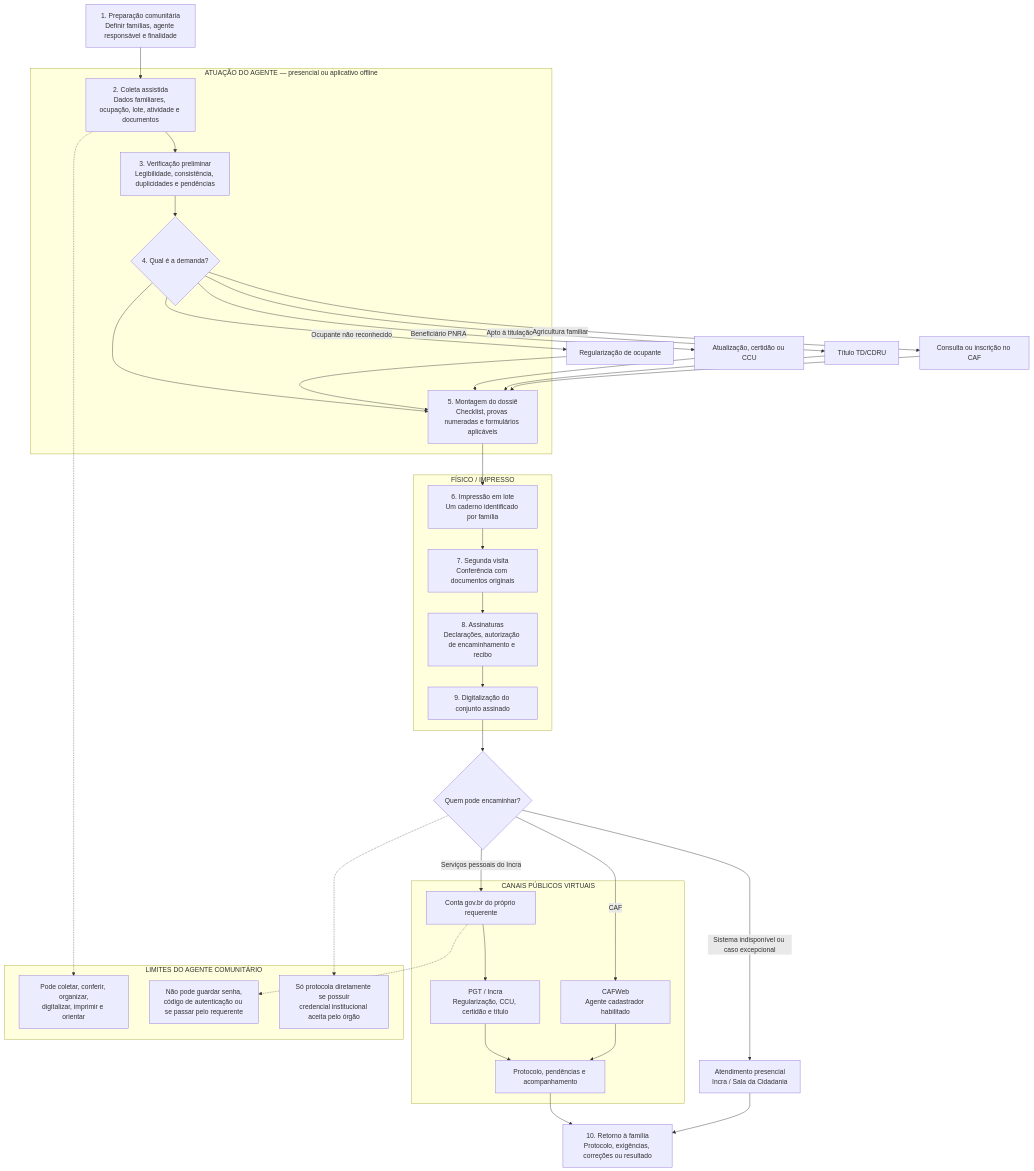
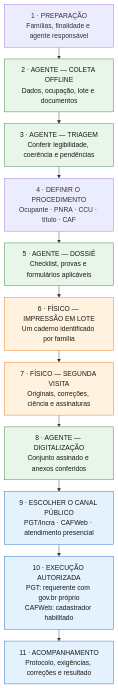
The diagram in docs/app-triagem-regularizacao.md (takwaratec/plataforma-juventude-solidaria-2026), drawn with Mermaid before and after one commit. The commit also changed other lines of this file and 3 other files, not shown here.

````diff
--- a/docs/app-triagem-regularizacao.md
+++ b/docs/app-triagem-regularizacao.md
@@ -17,59 +17,25 @@
 ```mermaid
-flowchart TB
-    I["1. Preparação comunitária<br/>Definir famílias, agente responsável e finalidade"] --> C
+%%{init: {"flowchart": {"curve": "linear", "nodeSpacing": 18, "rankSpacing": 28}, "themeVariables": {"fontSize": "16px"}}}%%
+flowchart TD
+    A["1 · PREPARAÇÃO<br/>Famílias, finalidade e agente responsável"]
+    B["2 · AGENTE — COLETA OFFLINE<br/>Dados, ocupação, lote e documentos"]
+    C["3 · AGENTE — TRIAGEM<br/>Conferir legibilidade, coerência e pendências"]
+    D["4 · DEFINIR O PROCEDIMENTO<br/>Ocupante · PNRA · CCU · título · CAF"]
+    E["5 · AGENTE — DOSSIÊ<br/>Checklist, provas e formulários aplicáveis"]
+    F["6 · FÍSICO — IMPRESSÃO EM LOTE<br/>Um caderno identificado por família"]
+    G["7 · FÍSICO — SEGUNDA VISITA<br/>Originais, correções, ciência e assinaturas"]
+    H["8 · AGENTE — DIGITALIZAÇÃO<br/>Conjunto assinado e anexos conferidos"]
+    I["9 · ESCOLHER O CANAL PÚBLICO<br/>PGT/Incra · CAFWeb · atendimento presencial"]
+    J["10 · EXECUÇÃO AUTORIZADA<br/>PGT: requerente com gov.br próprio<br/>CAFWeb: cadastrador habilitado"]
+    K["11 · ACOMPANHAMENTO<br/>Protocolo, exigências, correções e resultado"]
 
-    subgraph AG["ATUAÇÃO DO AGENTE — presencial ou aplicativo offline"]
-        C["2. Coleta assistida<br/>Dados familiares, ocupação, lote, atividade e documentos"]
-        V["3. Verificação preliminar<br/>Legibilidade, consistência, duplicidades e pendências"]
-        D{"4. Qual é a demanda?"}
-        R["5. Montagem do dossiê<br/>Checklist, provas numeradas e formulários aplicáveis"]
-        C --> V --> D --> R
-    end
+    A --> B --> C --> D --> E --> F --> G --> H --> I --> J --> K
 
-    subgraph FI["FÍSICO / IMPRESSO"]
-        P["6. Impressão em lote<br/>Um caderno identificado por família"]
-        F["7. Segunda visita<br/>Conferência com documentos originais"]
-        S["8. Assinaturas<br/>Declarações, autorização de encaminhamento e recibo"]
-        DI["9. Digitalização do conjunto assinado"]
-        P --> F --> S --> DI
-    end
+    classDef agente fill:#e8f5e9,stroke:#2e7d32,color:#1b1b1b;
+    classDef fisico fill:#fff3e0,stroke:#ef6c00,color:#1b1b1b;
+    classDef publico fill:#e3f2fd,stroke:#1565c0,color:#1b1b1b;
 
-    R --> P
-
-    D -->|"Ocupante não reconhecido"| O["Regularização de ocupante"]
-    D -->|"Beneficiário PNRA"| B["Atualização, certidão ou CCU"]
-    D -->|"Apto à titulação"| T["Título TD/CDRU"]
-    D -->|"Agricultura familiar"| A["Consulta ou inscrição no CAF"]
-
-    O --> R
-    B --> R
-    T --> R
-    A --> R
-
-    subgraph CP["CANAIS PÚBLICOS VIRTUAIS"]
-        G["Conta gov.br do próprio requerente"]
-        PGT["PGT / Incra<br/>Regularização, CCU, certidão e título"]
-        CAF["CAFWeb<br/>Agente cadastrador habilitado"]
-        PRO["Protocolo, pendências e acompanhamento"]
-        G --> PGT --> PRO
-        CAF --> PRO
-    end
-
-    DI --> E{"Quem pode encaminhar?"}
-    E -->|"Serviços pessoais do Incra"| G
-    E -->|"CAF"| CAF
-    E -->|"Sistema indisponível ou caso excepcional"| AT["Atendimento presencial<br/>Incra / Sala da Cidadania"]
-
-    subgraph LIM["LIMITES DO AGENTE COMUNITÁRIO"]
-        L1["Pode coletar, conferir, organizar,<br/>digitalizar, imprimir e orientar"]
-        L2["Não pode guardar senha,<br/>código de autenticação ou se passar pelo requerente"]
-        L3["Só protocola diretamente se possuir<br/>credencial institucional aceita pelo órgão"]
-    end
-
-    C -.-> L1
-    G -.-> L2
-    E -.-> L3
-
-    PRO --> RET["10. Retorno à família<br/>Protocolo, exigências, correções ou resultado"]
-    AT --> RET
+    class B,C,E,H agente;
+    class F,G fisico;
+    class I,J,K publico;
 ```
````
